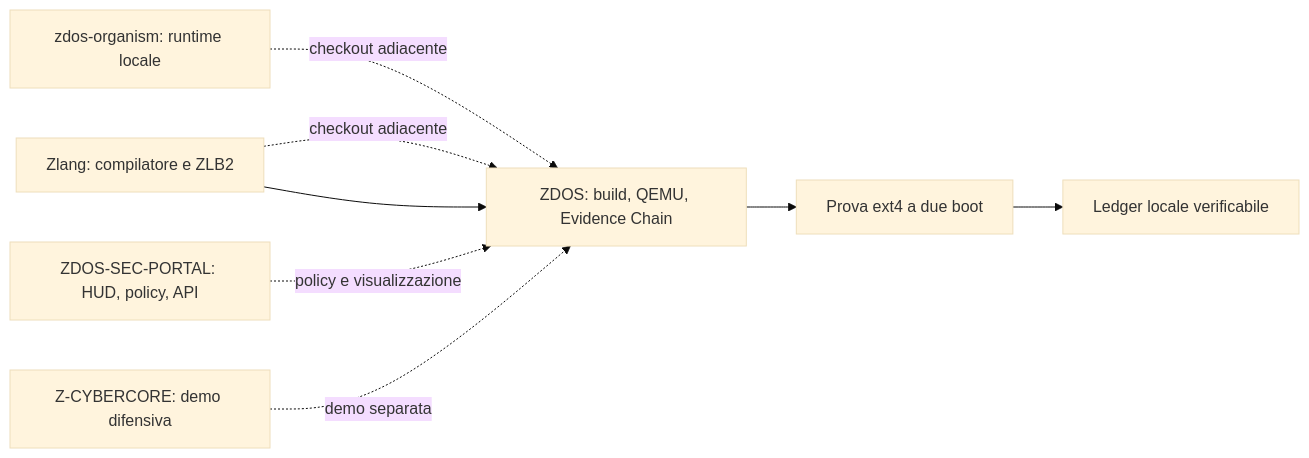
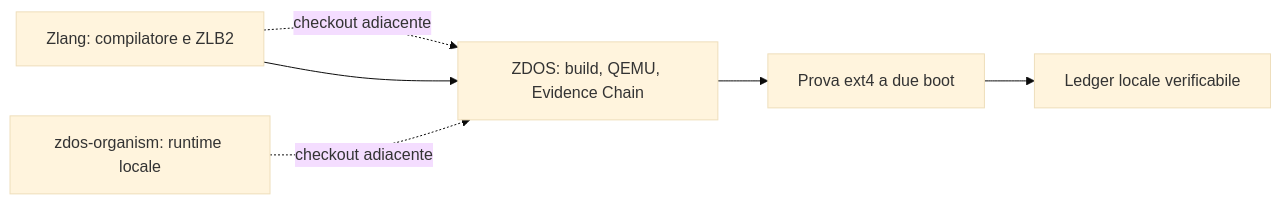
Before and after one commit to high-cde/ZDOS: the diagram in docs/MICROCOSM.md, drawn with Mermaid (base theme). The commit also changed other lines of this file and 6 other files, not shown here.

````diff
--- a/docs/MICROCOSM.md
+++ b/docs/MICROCOSM.md
@@ -9,17 +9,13 @@
 ```mermaid
 flowchart LR
     ZD[ZDOS: build, QEMU, Evidence Chain]
     ZL[Zlang: compilatore e ZLB2]
     ORG[zdos-organism: runtime locale]
-    SEC[ZDOS-SEC-PORTAL: HUD, policy, API]
-    CY[Z-CYBERCORE: demo difensiva]
     PS[Prova ext4 a due boot]
     LE[Ledger locale verificabile]
 
     ZL -. checkout adiacente .-> ZD
     ORG -. checkout adiacente .-> ZD
-    SEC -. policy e visualizzazione .-> ZD
-    CY -. demo separata .-> ZD
     ZD --> PS --> LE
     ZL --> ZD
 ```
````
